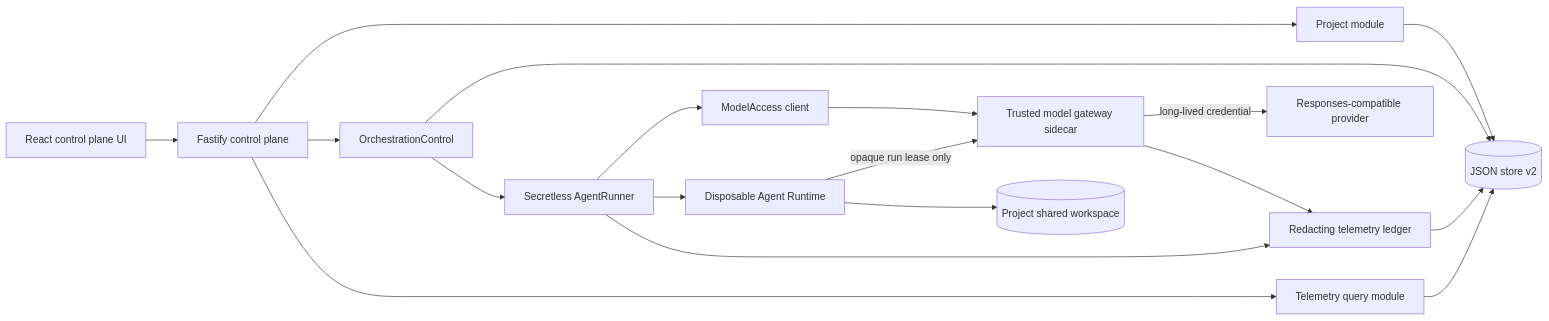
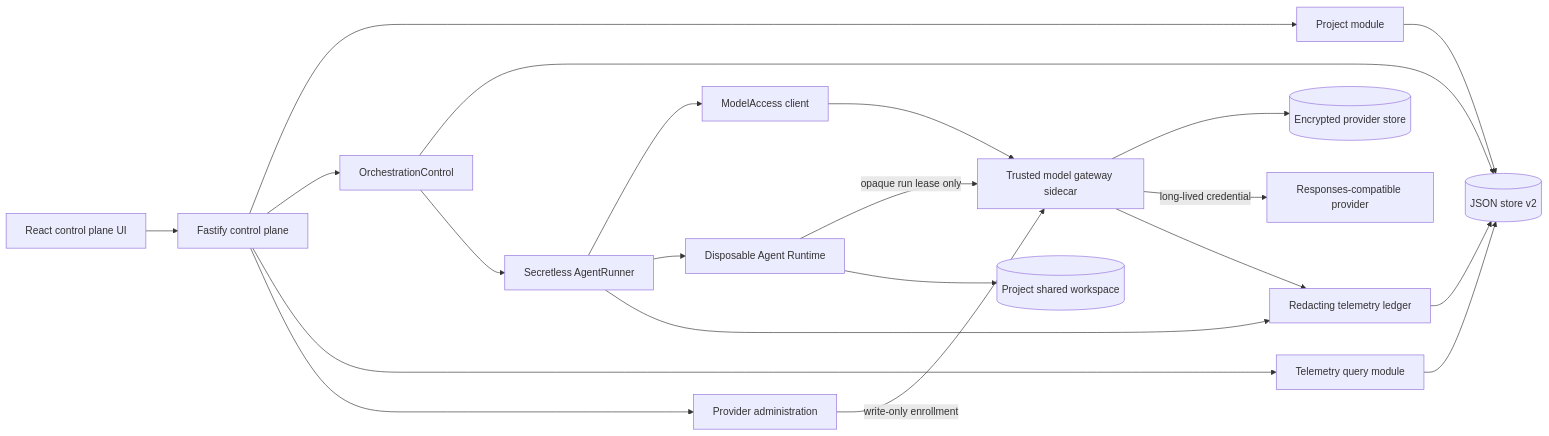
Before and after one commit to TheMajoris/liuqitechjam: the diagram in tasks/plan.md, drawn with Mermaid. The commit also changed other lines of this file and 34 other files, not shown here.

````diff
--- a/tasks/plan.md
+++ b/tasks/plan.md
@@ -57,23 +65,26 @@
 ```mermaid
 flowchart LR
     Browser[React control plane UI] --> API[Fastify control plane]
     API --> Projects[Project module]
     API --> Orchestration[OrchestrationControl]
     API --> Query[Telemetry query module]
+    API --> ProviderAdmin[Provider administration]
 
     Projects --> Store[(JSON store v2)]
     Orchestration --> Store
     Query --> Store
 
     Orchestration --> Runner[Secretless AgentRunner]
     Runner --> Lease[ModelAccess client]
     Lease --> Gateway[Trusted model gateway sidecar]
+    ProviderAdmin -->|write-only enrollment| Gateway
+    Gateway --> Secrets[(Encrypted provider store)]
     Runner --> Runtime[Disposable Agent Runtime]
     Runtime -->|opaque run lease only| Gateway
     Gateway -->|long-lived credential| Provider[Responses-compatible provider]
 
     Runtime --> Workspace[(Project shared workspace)]
     Runner --> Telemetry[Redacting telemetry ledger]
     Gateway --> Telemetry
     Telemetry --> Store
 ```
````
